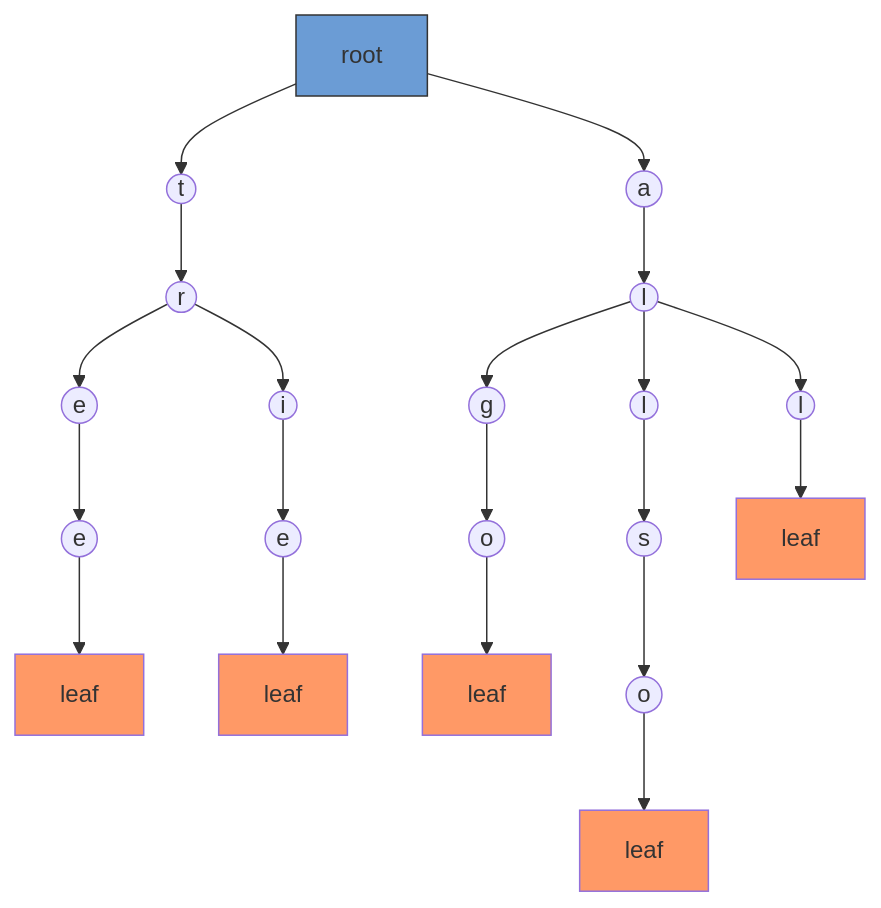
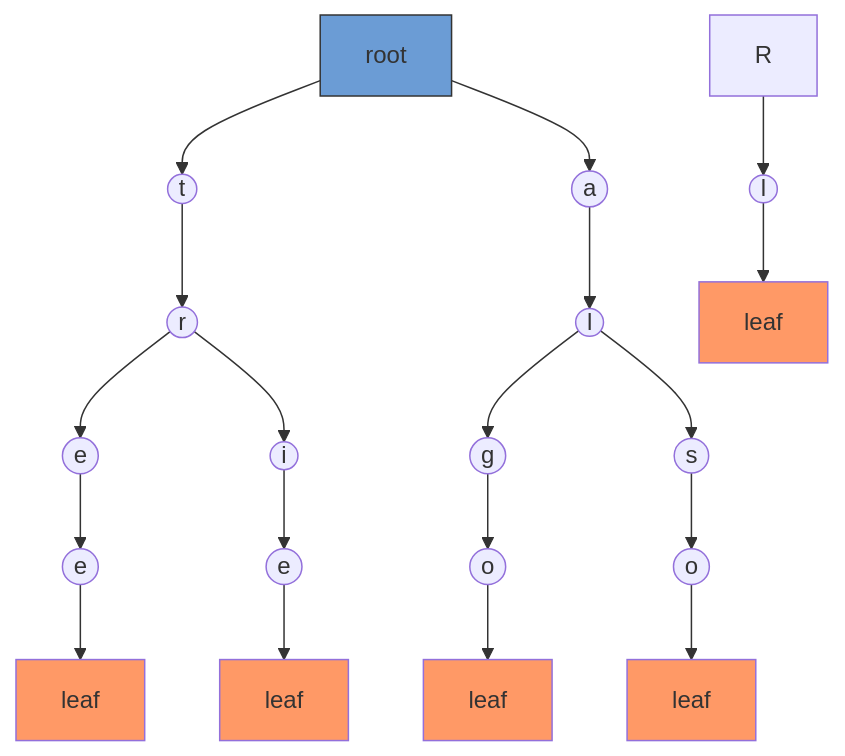
The fourth of 4 diagrams in docs/notes/strings/trie_string.md (progcompuc/IIC2553-2022-2), drawn with Mermaid before and after one commit.

Commit message:
removed node

````diff
--- a/docs/notes/strings/trie_string.md
+++ b/docs/notes/strings/trie_string.md
@@ -72,30 +72,29 @@
 ``` mermaid
 graph TD
     A[root] --> B((t))
     B --> C((r))
     C --> D((e))
     D --> E((e))
     E --> F[leaf]
     F:::leaf
     C --> G((i))
     G --> H((e))
     H --> I[leaf]
     I:::leaf
     A[root] --> J((a))
     J --> K((l))
     K --> L((g))
     L --> M((o))
     M --> N[leaf]
     N:::leaf
-    K --> O((l))
-    O --> P((s))
-    P --> Q((o))
-    Q --> R[leaf]
-    R:::leaf
-    K --> S((l))
+    K --> O((s))
+    O --> P((o))
+    P --> Q[leaf]
+    Q:::leaf
+    R --> S((l))
     S --> T[leaf]
     T:::leaf
 
 style A fill:#6b9cd5,stroke:#333
 classDef leaf fill:#f96;
 ```
````
